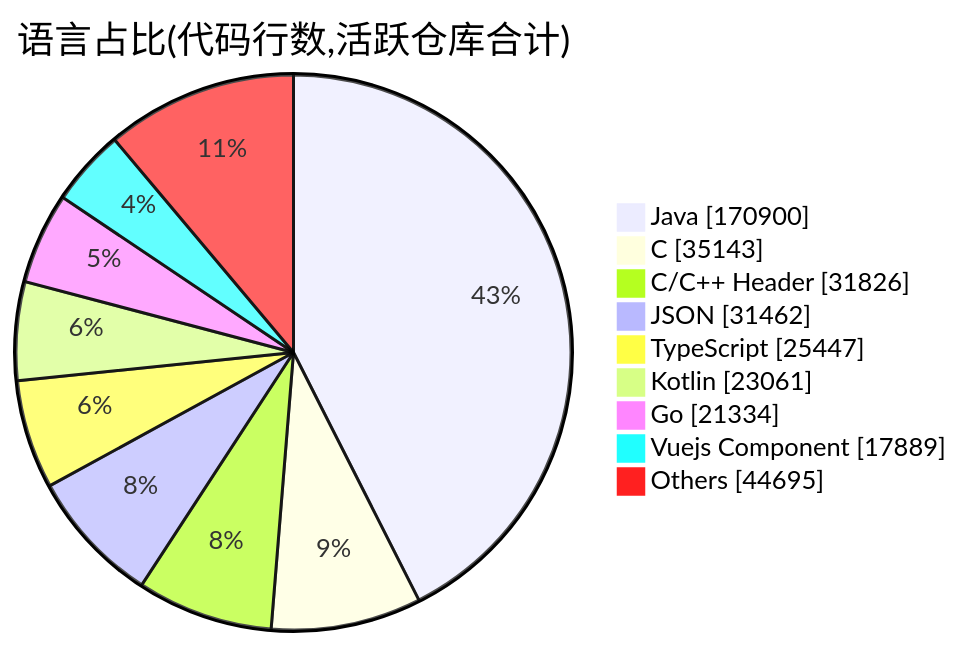
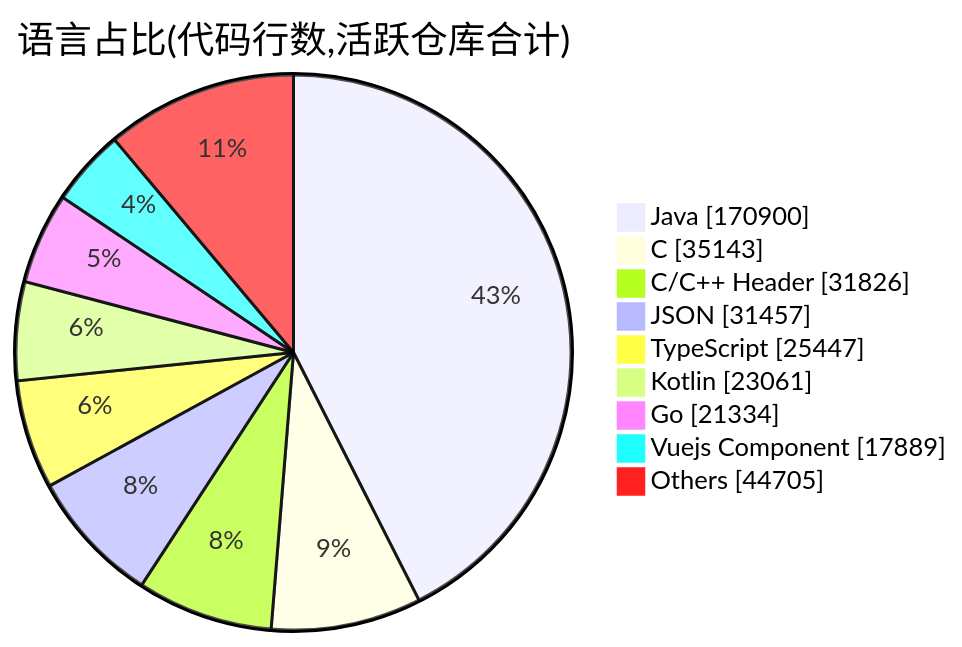
One commit to Conflux-Union/.github changed the second of 2 diagrams in profile/README.md. Above: the diagram before and after it, drawn with Mermaid. The commit also changed other lines of this file and 1 other file, not shown here.

````diff
--- a/profile/README.md
+++ b/profile/README.md
@@ -83,13 +84,13 @@
 ```mermaid
 pie showData
     title 语言占比(代码行数,活跃仓库合计)
     "Java" : 170900
     "C" : 35143
     "C/C++ Header" : 31826
-    "JSON" : 31462
+    "JSON" : 31457
     "TypeScript" : 25447
     "Kotlin" : 23061
     "Go" : 21334
     "Vuejs Component" : 17889
-    "Others" : 44695
+    "Others" : 44705
 ```
````
